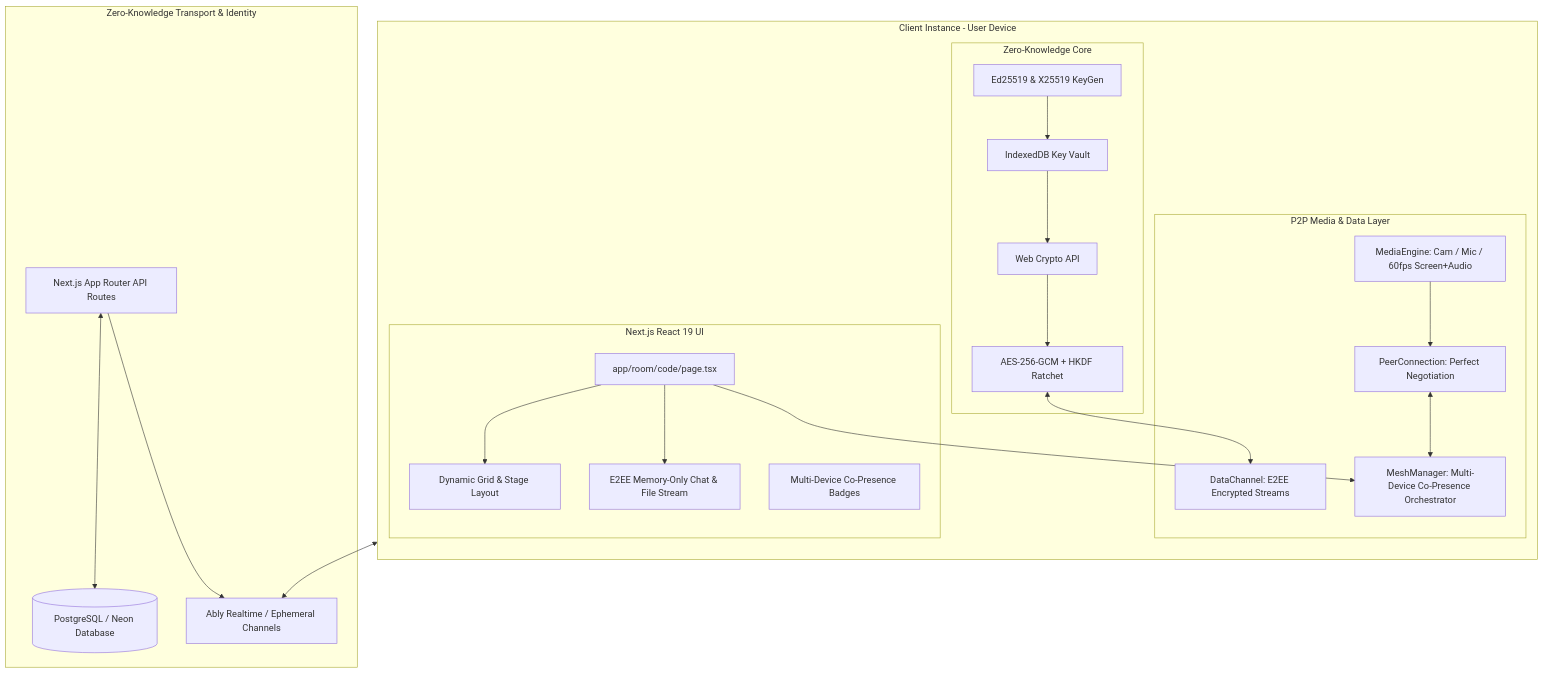
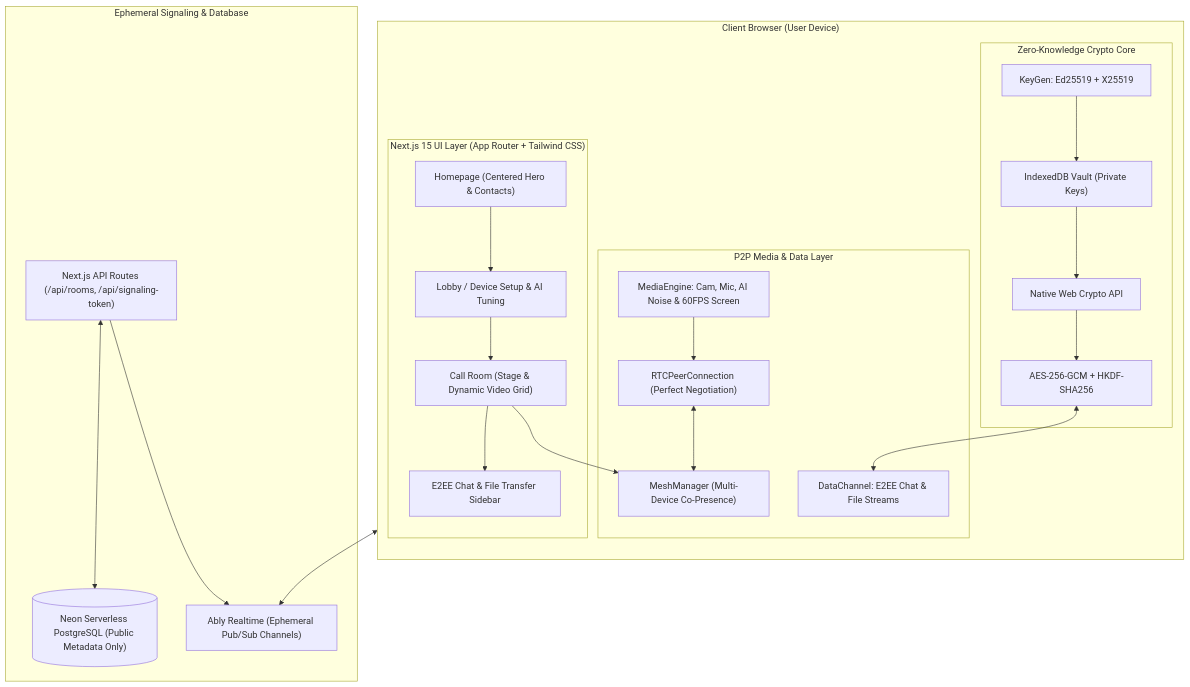
The diagram in README.md (mur1ll0/papochan), drawn with Mermaid before and after one commit. The commit also changed other lines of this file, not shown here.

````diff
--- a/README.md
+++ b/README.md
@@ -10,45 +60,46 @@
 ```mermaid
 graph TB
-    subgraph ClientBrowser["Client Instance - User Device"]
+    subgraph ClientBrowser["Client Browser (User Device)"]
         direction TB
-        subgraph SecurityCrypto["Zero-Knowledge Core"]
-            KeyStore["IndexedDB Key Vault"]
-            SubtleCrypto["Web Crypto API"]
-            KeyGen["Ed25519 & X25519 KeyGen"]
-            AESCipher["AES-256-GCM + HKDF Ratchet"]
+        subgraph SecurityCrypto["Zero-Knowledge Crypto Core"]
+            KeyStore["IndexedDB Vault (Private Keys)"]
+            SubtleCrypto["Native Web Crypto API"]
+            KeyGen["KeyGen: Ed25519 + X25519"]
+            AESCipher["AES-256-GCM + HKDF-SHA256"]
         end
 
         subgraph WebRTCEngine["P2P Media & Data Layer"]
-            MediaEng["MediaEngine: Cam / Mic / 60fps Screen+Audio"]
-            DataChan["DataChannel: E2EE Encrypted Streams"]
-            PeerConn["PeerConnection: Perfect Negotiation"]
-            MeshMgr["MeshManager: Multi-Device Co-Presence Orchestrator"]
+            MediaEng["MediaEngine: Cam, Mic, AI Noise & 60FPS Screen"]
+            DataChan["DataChannel: E2EE Chat & File Streams"]
+            PeerConn["RTCPeerConnection (Perfect Negotiation)"]
+            MeshMgr["MeshManager (Multi-Device Co-Presence)"]
         end
 
-        subgraph UILayer["Next.js React 19 UI"]
-            RoomPage["app/room/code/page.tsx"]
-            VideoGrid["Dynamic Grid & Stage Layout"]
-            ChatPanel["E2EE Memory-Only Chat & File Stream"]
-            DevicePills["Multi-Device Co-Presence Badges"]
+        subgraph UILayer["Next.js 15 UI Layer (App Router + Tailwind CSS)"]
+            HomePage["Homepage (Centered Hero & Contacts)"]
+            LobbyModal["Lobby / Device Setup & AI Tuning"]
+            RoomPage["Call Room (Stage & Dynamic Video Grid)"]
+            ChatPanel["E2EE Chat & File Transfer Sidebar"]
         end
     end
 
-    subgraph SignalingBackend["Zero-Knowledge Transport & Identity"]
-        Ably["Ably Realtime / Ephemeral Channels"]
-        NextAPI["Next.js App Router API Routes"]
-        PrismaDB[("PostgreSQL / Neon Database")]
+    subgraph SignalingBackend["Ephemeral Signaling & Database"]
+        Ably["Ably Realtime (Ephemeral Pub/Sub Channels)"]
+        NextAPI["Next.js API Routes (/api/rooms, /api/signaling-token)"]
+        PrismaDB[("Neon Serverless PostgreSQL (Public Metadata Only)")]
     end
 
     KeyGen --> KeyStore
     KeyStore --> SubtleCrypto
     SubtleCrypto --> AESCipher
     AESCipher <--> DataChan
     MediaEng --> PeerConn
     PeerConn <--> MeshMgr
     MeshMgr <--> Ably
     NextAPI <--> PrismaDB
     NextAPI --> Ably
+    HomePage --> LobbyModal
+    LobbyModal --> RoomPage
     RoomPage --> MeshMgr
-    RoomPage --> VideoGrid
     RoomPage --> ChatPanel
 ```
````
